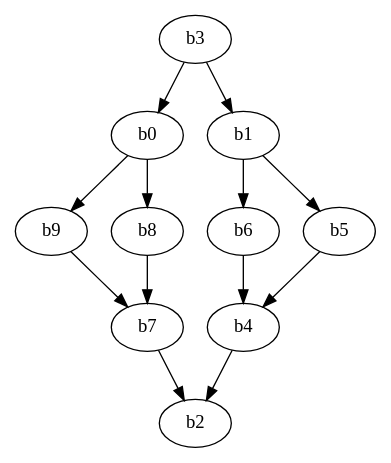
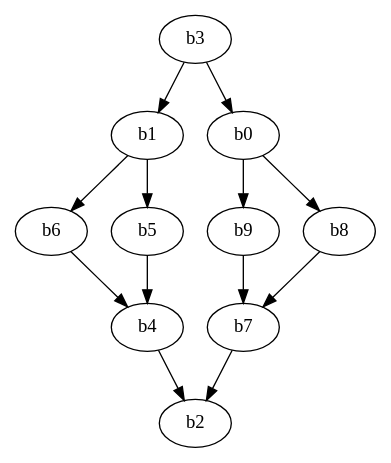
Before and after one commit to JoelWAnna/MiniOptimizingCompiler: the diagram in MiniOptIm3/before.dot, drawn with Graphviz. The commit also changed other lines of this file and 7 other files, not shown here.

```diff
--- a/MiniOptIm3/before.dot
+++ b/MiniOptIm3/before.dot
@@ -1,15 +1,15 @@
 digraph MIL {
   b3;
+  b3 -> b1;
+  b1 -> b6;
+  b1 -> b5;
+  b6 -> b4;
+  b5 -> b4;
   b3 -> b0;
   b0 -> b9;
   b0 -> b8;
   b9 -> b7;
   b8 -> b7;
-  b3 -> b1;
-  b1 -> b6;
-  b1 -> b5;
-  b6 -> b4;
-  b5 -> b4;
+  b4 -> b2;
   b7 -> b2;
-  b4 -> b2;
 }
```
